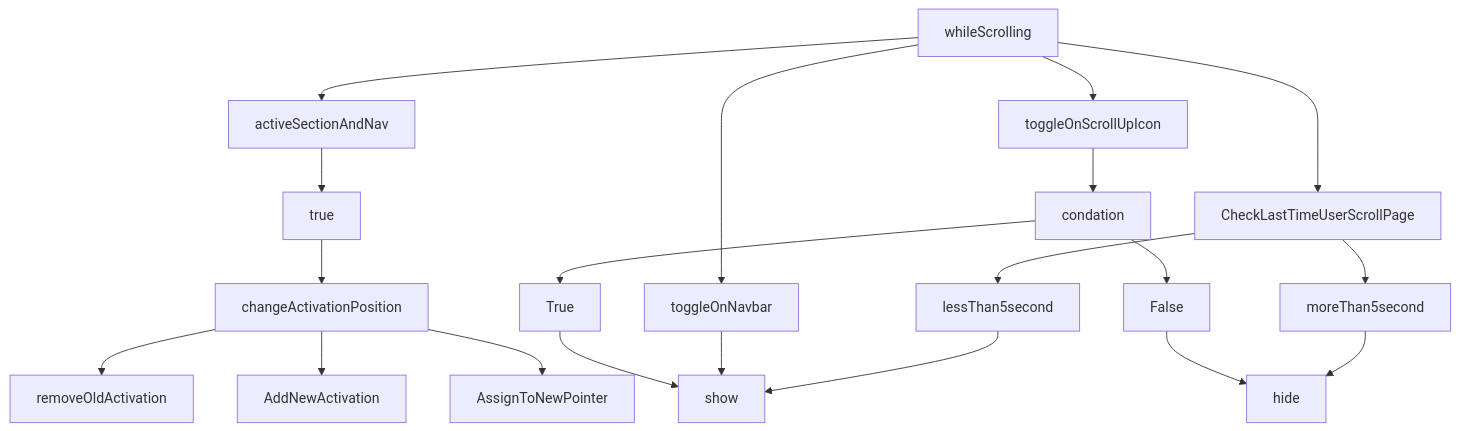
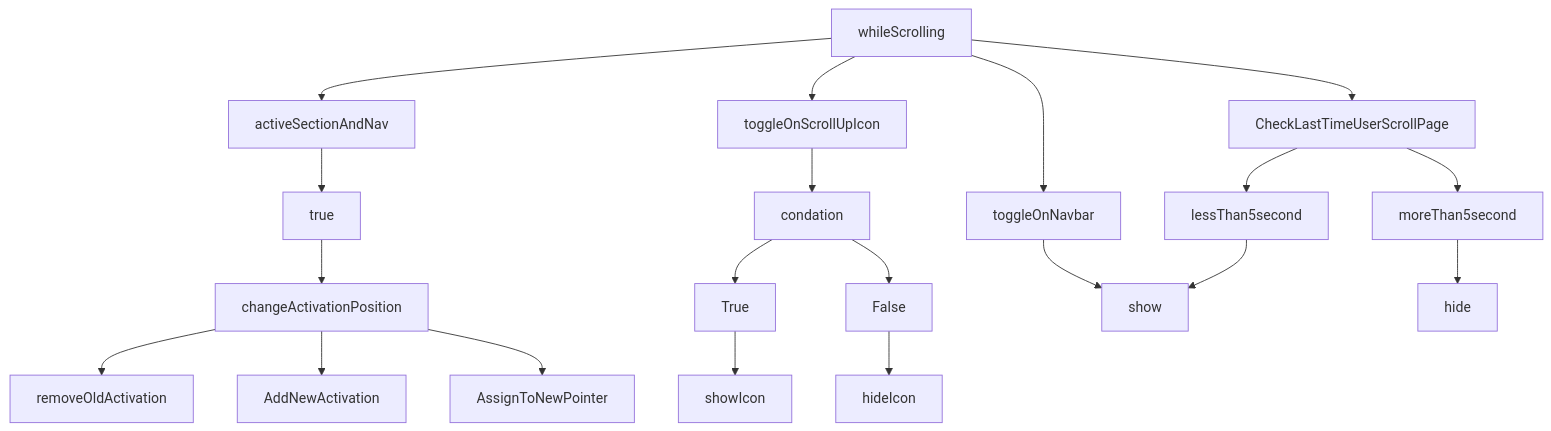
One commit to Ftohtarek/Udacity-Project changed the third of 3 diagrams in Quiz/README.MD. Above: the diagram before and after it, drawn with Mermaid.

Commit message:
Basic writing and formatting syntax

````diff
--- a/Quiz/README.MD
+++ b/Quiz/README.MD
@@ -76,17 +76,17 @@
 ```mermaid
 graph TD;
     whileScrolling-->activeSectionAndNav-->true-->changeActivationPosition;
     changeActivationPosition-->removeOldActivation;
     changeActivationPosition-->AddNewActivation;
     changeActivationPosition-->AssignToNewPointer;
 
 
-    whileScrolling-->toggleOnScrollUpIcon-->condation-->True-->show;
-    condation-->False-->hide;
+    whileScrolling-->toggleOnScrollUpIcon-->condation-->True-->showIcon;
+    condation-->False-->hideIcon;
 
     whileScrolling-->toggleOnNavbar-->show;
     whileScrolling-->CheckLastTimeUserScrollPage;
     CheckLastTimeUserScrollPage-->moreThan5second-->hide;
     CheckLastTimeUserScrollPage-->lessThan5second-->show;
 
 ```
````
